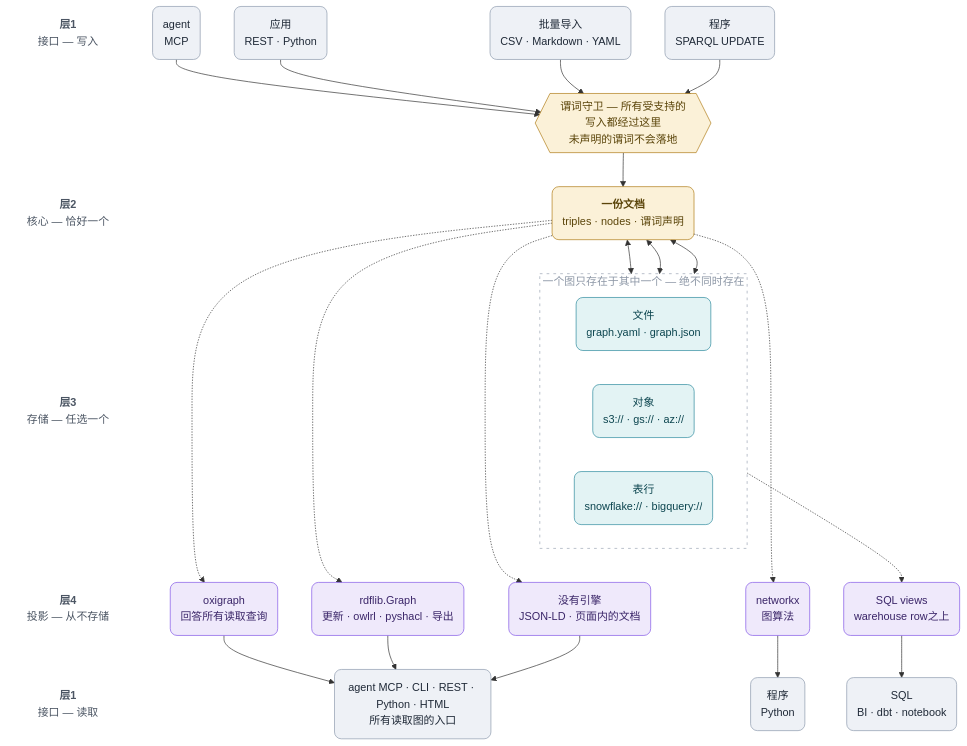
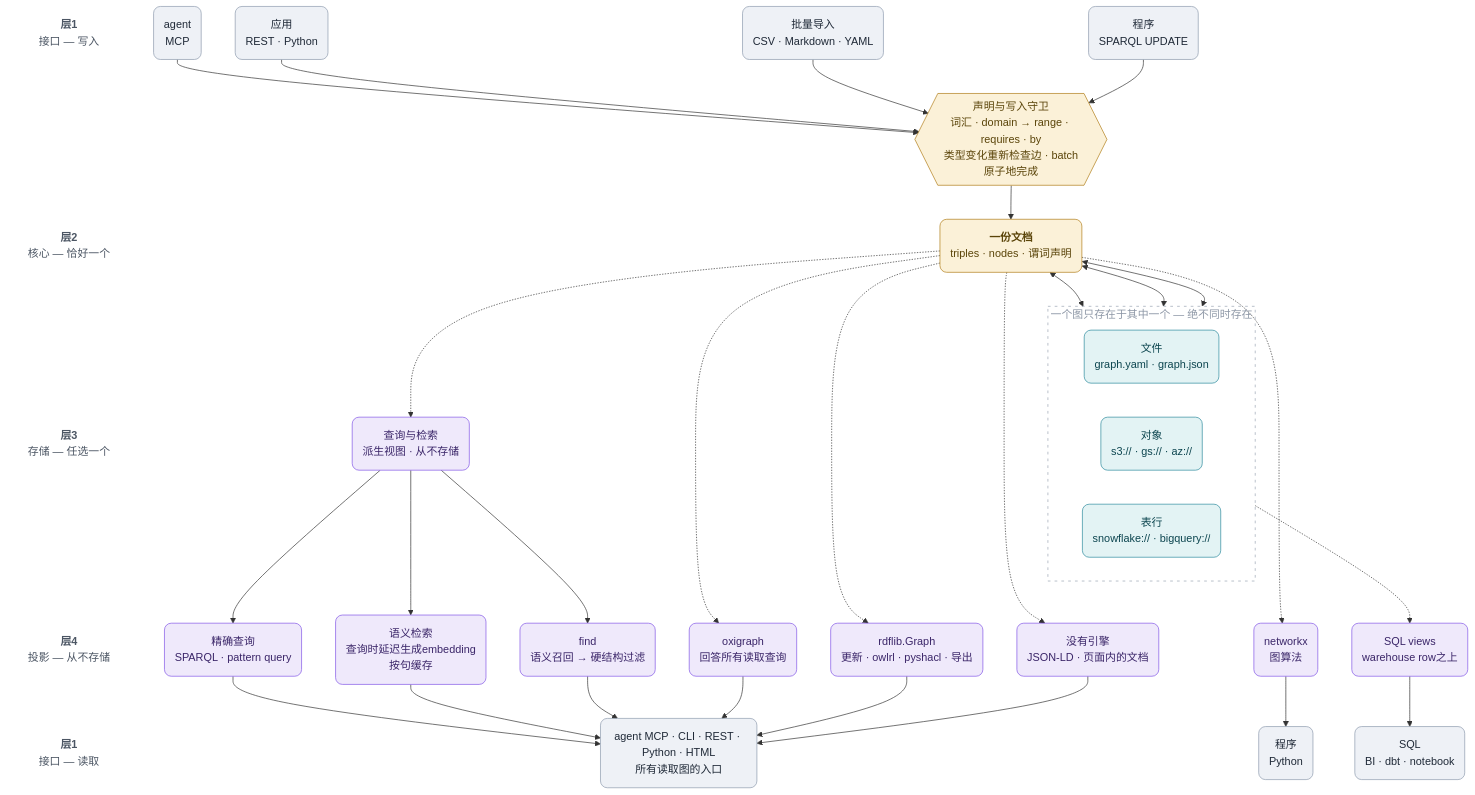
Before and after one commit to RyutoYoda/trikedb: the diagram in docs/ARCHITECTURE_zh.md, drawn with Mermaid. The commit also changed other lines of this file and 2 other files, not shown here.

Commit message:
docs: show guarded writes and query retrieval layers

````diff
--- a/docs/ARCHITECTURE_zh.md
+++ b/docs/ARCHITECTURE_zh.md
@@ -7,66 +7,77 @@
 ```mermaid
 flowchart TB
     LA["<b>层1</b><br/>接口 — 写入"]
     LG[" "]
     LB["<b>层2</b><br/>核心 — 恰好一个"]
     LC["<b>层3</b><br/>存储 — 任选一个"]
     LD["<b>层4</b><br/>投影 — 从不存储"]
     LE["<b>层1</b><br/>接口 — 读取"]
     LA ~~~ LG ~~~ LB ~~~ LC ~~~ LD ~~~ LE
 
     WA("agent<br/>MCP")
     WC("应用<br/>REST · Python")
     WI("批量导入<br/>CSV · Markdown · YAML")
     WP("程序<br/>SPARQL UPDATE")
-    G{{"谓词守卫 — 所有受支持的写入都经过这里<br/>未声明的谓词不会落地"}}
+    G{{"声明与写入守卫<br/>词汇 · domain → range · requires · by<br/>类型变化重新检查边 · batch原子地完成"}}
     C("<b>一份文档</b><br/>triples · nodes · 谓词声明")
     subgraph pick["一个图只存在于其中一个 — 绝不同时存在"]
         direction LR
         SF("文件<br/>graph.yaml · graph.json")
         SO("对象<br/>s3:// · gs:// · az://")
         SW("表行<br/>snowflake:// · bigquery://")
     end
     PO("oxigraph<br/>回答所有读取查询")
     PR("rdflib.Graph<br/>更新 · owlrl · pyshacl · 导出")
     PN("networkx<br/>图算法")
     PV("SQL views<br/>warehouse row之上")
     PD("没有引擎<br/>JSON-LD · 页面内的文档")
+    Q("查询与检索<br/>派生视图 · 从不存储")
+    QE("精确查询<br/>SPARQL · pattern query")
+    QS("语义检索<br/>查询时延迟生成embedding<br/>按句缓存")
+    QF("find<br/>语义召回 → 硬结构过滤")
     RQ("agent MCP · CLI · REST · Python · HTML<br/>所有读取图的入口")
     RG("程序<br/>Python")
     RS("SQL<br/>BI · dbt · notebook")
 
     WA --> G
     WC --> G
     WI --> G
     WP --> G
     G --> C
     C <--> SF
     C <--> SO
     C <--> SW
     SF ~~~ PO
     SF ~~~ PR
     SO ~~~ PN
     SW -.-> PV
     SW ~~~ PD
     C -.-> PO
     C -.-> PR
     C -.-> PN
     C -.-> PD
+    C -.-> Q
+    Q --> QE
+    Q --> QS
+    Q --> QF
+    QE --> RQ
+    QS --> RQ
+    QF --> RQ
     PO --> RQ
     PR --> RQ
     PN --> RG
     PV --> RS
     PD --> RQ
 
     style pick fill:none,stroke:#9aa4b3,stroke-width:1px,stroke-dasharray:4 6,color:#8d97a6
     classDef lbl fill:none,stroke:none,color:#4b5563
     classDef iface fill:#eef1f6,stroke:#8d9aad,color:#1f2937,rx:10,ry:10
     classDef core fill:#fbf1d8,stroke:#b07d17,color:#5a4409,rx:10,ry:10
     classDef store fill:#e3f3f4,stroke:#2b8a9c,color:#0c454f,rx:10,ry:10
     classDef proj fill:#efe9fb,stroke:#8055e6,color:#3a2568,rx:10,ry:10
     class LA,LG,LB,LC,LD,LE lbl
     class WA,WC,WI,WP,RQ,RG,RS iface
     class C,G core
     class SF,SO,SW store
-    class PO,PR,PN,PV,PD proj
+    class PO,PR,PN,PV,PD,Q,QE,QS,QF proj
 ```
````
